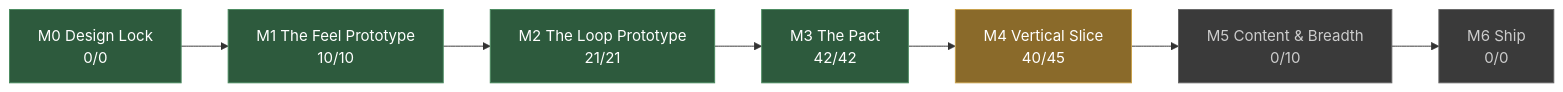
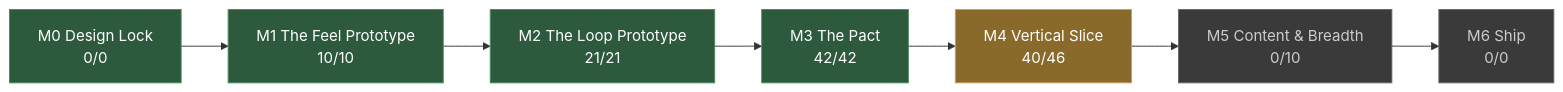
Before and after one commit to JoshuaGessner/she: the diagram in docs/STATUS.md, drawn with Mermaid. The commit also changed other lines of this file and 6 other files, not shown here.

````diff
--- a/docs/STATUS.md
+++ b/docs/STATUS.md
@@ -13,19 +13,19 @@
 ```mermaid
 flowchart LR
   M0["M0 Design Lock<br/>0/0"]:::passed
   M1["M1 The Feel Prototype<br/>10/10"]:::passed
   M0 --> M1
   M2["M2 The Loop Prototype<br/>21/21"]:::passed
   M1 --> M2
   M3["M3 The Pact<br/>42/42"]:::passed
   M2 --> M3
-  M4["M4 Vertical Slice<br/>40/45"]:::current
+  M4["M4 Vertical Slice<br/>40/46"]:::current
   M3 --> M4
   M5["M5 Content & Breadth<br/>0/10"]:::ahead
   M4 --> M5
   M6["M6 Ship<br/>0/0"]:::ahead
   M5 --> M6
   classDef passed fill:#2d5a3d,stroke:#4a8a5f,color:#fff
   classDef current fill:#8a6a2a,stroke:#c8a04a,color:#fff
   classDef ahead fill:#3a3a3a,stroke:#666,color:#ccc
 ```
````
